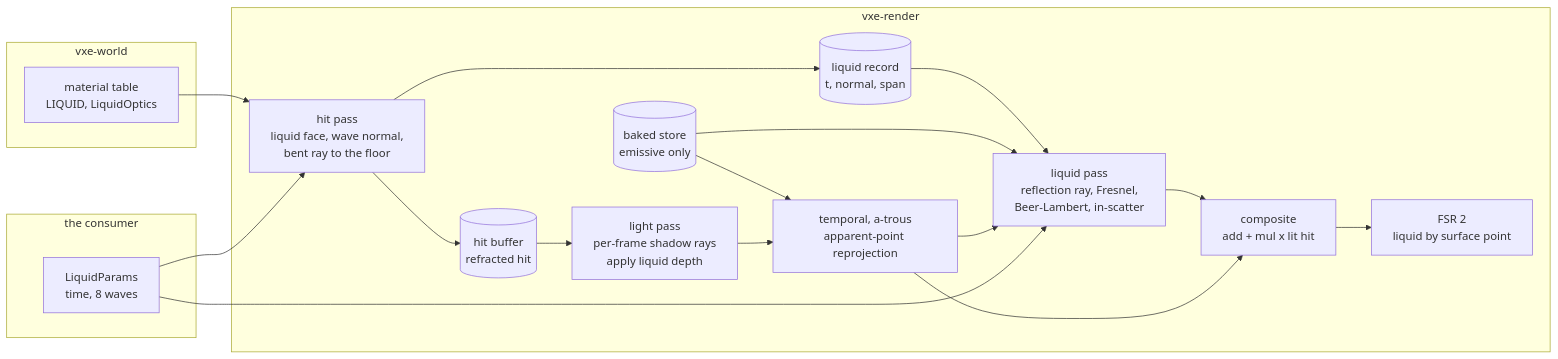
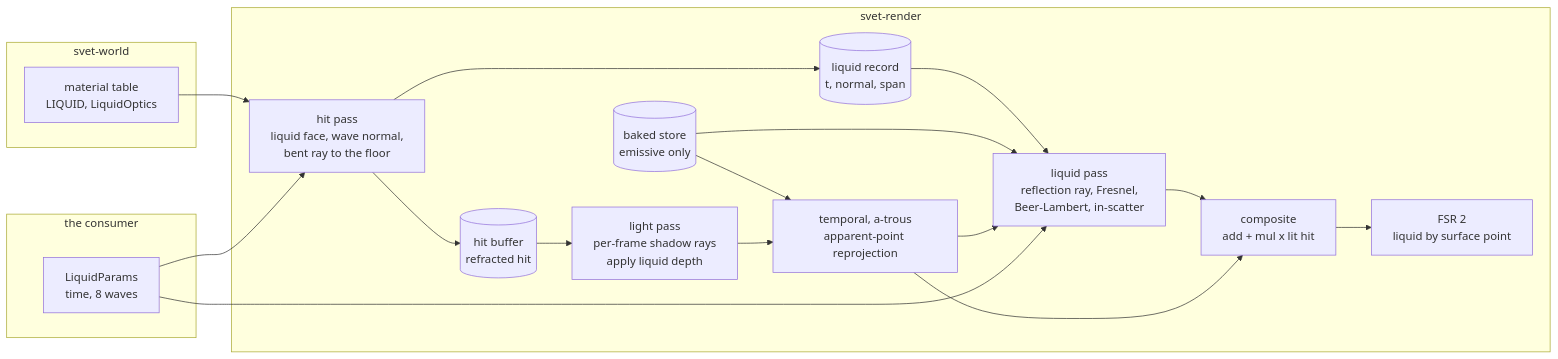
The diagram in docs/plans/0034-water-surface-waves-reflection-refraction-underwater-fog.md (IgorKonovalov/voxel-engine), drawn with Mermaid before and after one commit. The commit also changed other lines of this file and 53 other files, not shown here.

````diff
--- a/docs/plans/0034-water-surface-waves-reflection-refraction-underwater-fog.md
+++ b/docs/plans/0034-water-surface-waves-reflection-refraction-underwater-fog.md
@@ -299,24 +299,24 @@
 ```mermaid
 flowchart LR
-    subgraph world [vxe-world]
+    subgraph world [svet-world]
         MT[material table\nLIQUID, LiquidOptics]
     end
     subgraph game [the consumer]
         LP[LiquidParams\ntime, 8 waves]
     end
-    subgraph render [vxe-render]
+    subgraph render [svet-render]
         H[hit pass\nliquid face, wave normal,\nbent ray to the floor] --> HB[(hit buffer\nrefracted hit)]
         H --> LR[(liquid record\nt, normal, span)]
         HB --> L[light pass\nper-frame shadow rays\napply liquid depth]
         ST[(baked store\nemissive only)] --> T
         L --> T[temporal, a-trous\napparent-point reprojection]
         LR --> Q[liquid pass\nreflection ray, Fresnel,\nBeer-Lambert, in-scatter]
         ST --> Q
         T --> Q
         Q --> C[composite\nadd + mul x lit hit]
         T --> C --> U[FSR 2\nliquid by surface point]
     end
     MT --> H
     LP --> H
     LP --> Q
 ```
````
